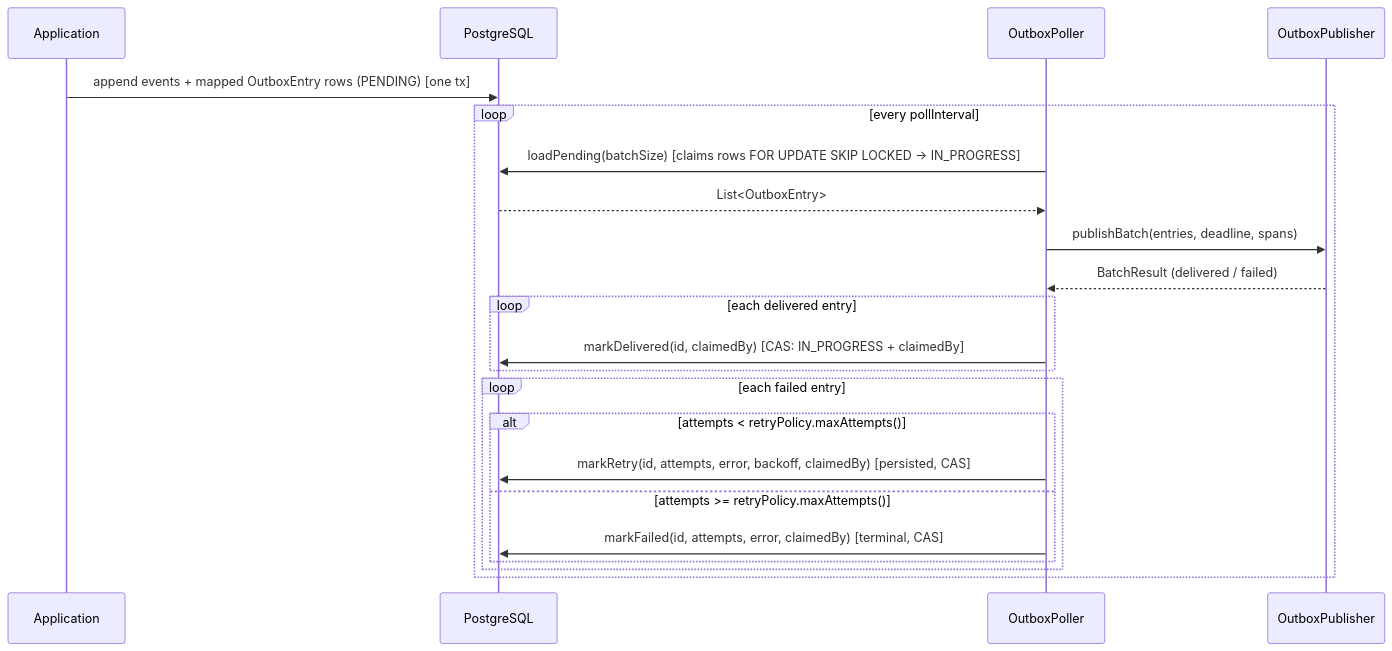
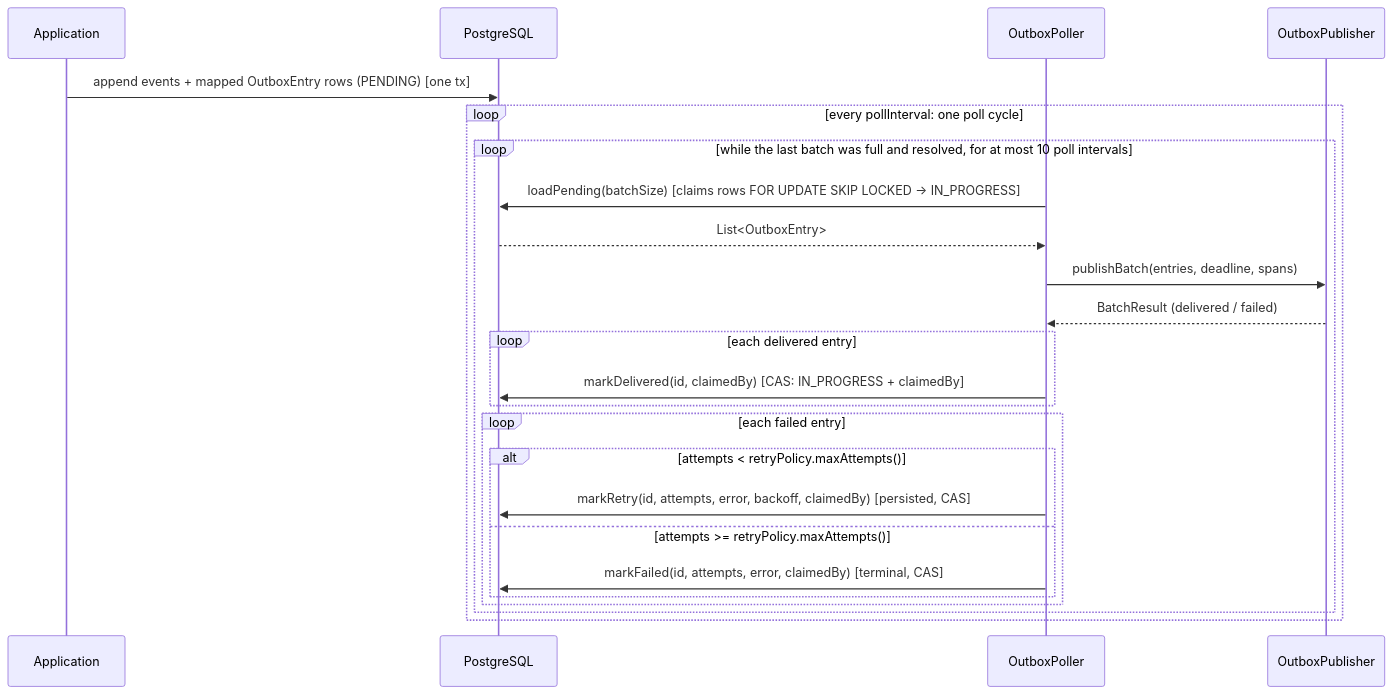
One commit to StreamRune/streamrune changed the diagram in docs/guide/advanced/outbox.md. Above: the diagram before and after it, drawn with Mermaid. The commit also changed other lines of this file and 14 other files, not shown here.

First line of the commit message:
fix(outbox): drain while batches come back full (#113)

````diff
--- a/docs/guide/advanced/outbox.md
+++ b/docs/guide/advanced/outbox.md
@@ -33,25 +43,27 @@
 ```mermaid
 sequenceDiagram
     participant App as Application
     participant DB as PostgreSQL
     participant Poller as OutboxPoller
     participant Pub as OutboxPublisher
 
     App->>DB: append events + mapped OutboxEntry rows (PENDING) [one tx]
-    loop every pollInterval
+    loop every pollInterval: one poll cycle
+        loop while the last batch was full and resolved, for at most 10 poll intervals
         Poller->>DB: loadPending(batchSize) [claims rows FOR UPDATE SKIP LOCKED -> IN_PROGRESS]
         DB-->>Poller: List<OutboxEntry>
         Poller->>Pub: publishBatch(entries, deadline, spans)
         Pub-->>Poller: BatchResult (delivered / failed)
         loop each delivered entry
             Poller->>DB: markDelivered(id, claimedBy) [CAS: IN_PROGRESS + claimedBy]
         end
         loop each failed entry
             alt attempts < retryPolicy.maxAttempts()
                 Poller->>DB: markRetry(id, attempts, error, backoff, claimedBy) [persisted, CAS]
             else attempts >= retryPolicy.maxAttempts()
                 Poller->>DB: markFailed(id, attempts, error, claimedBy) [terminal, CAS]
             end
         end
+        end
     end
 ```
````
